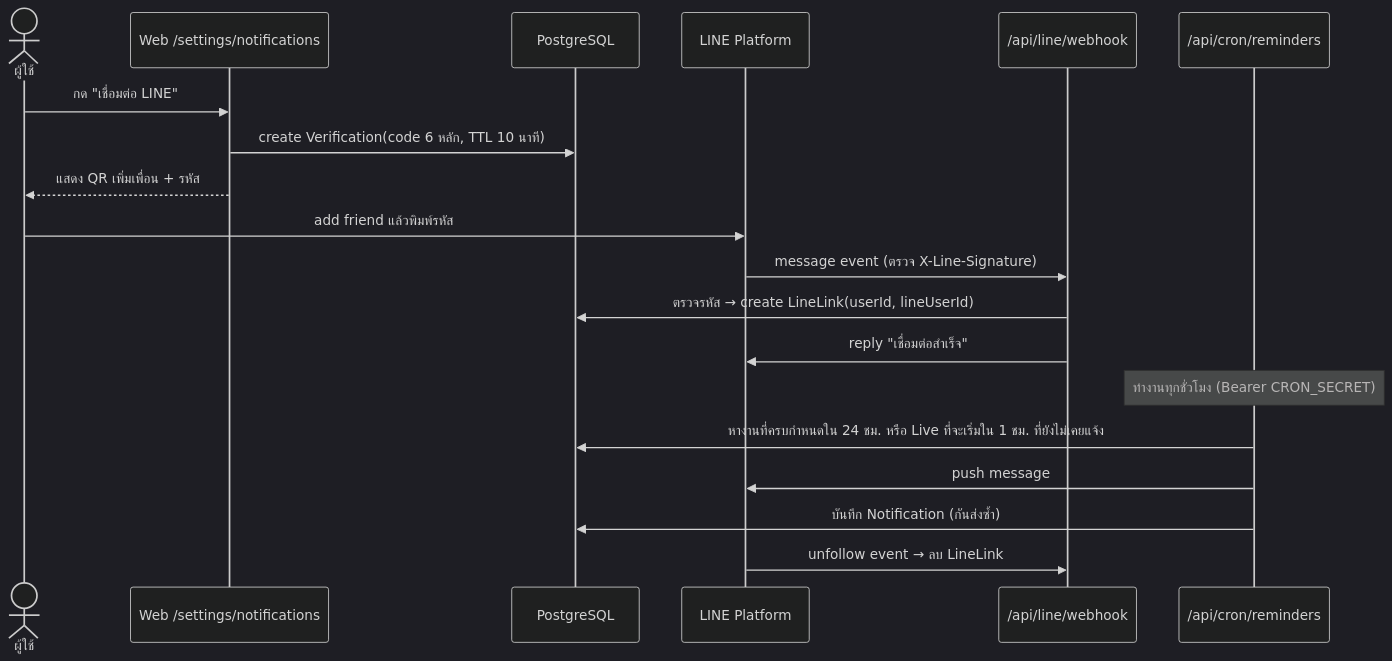
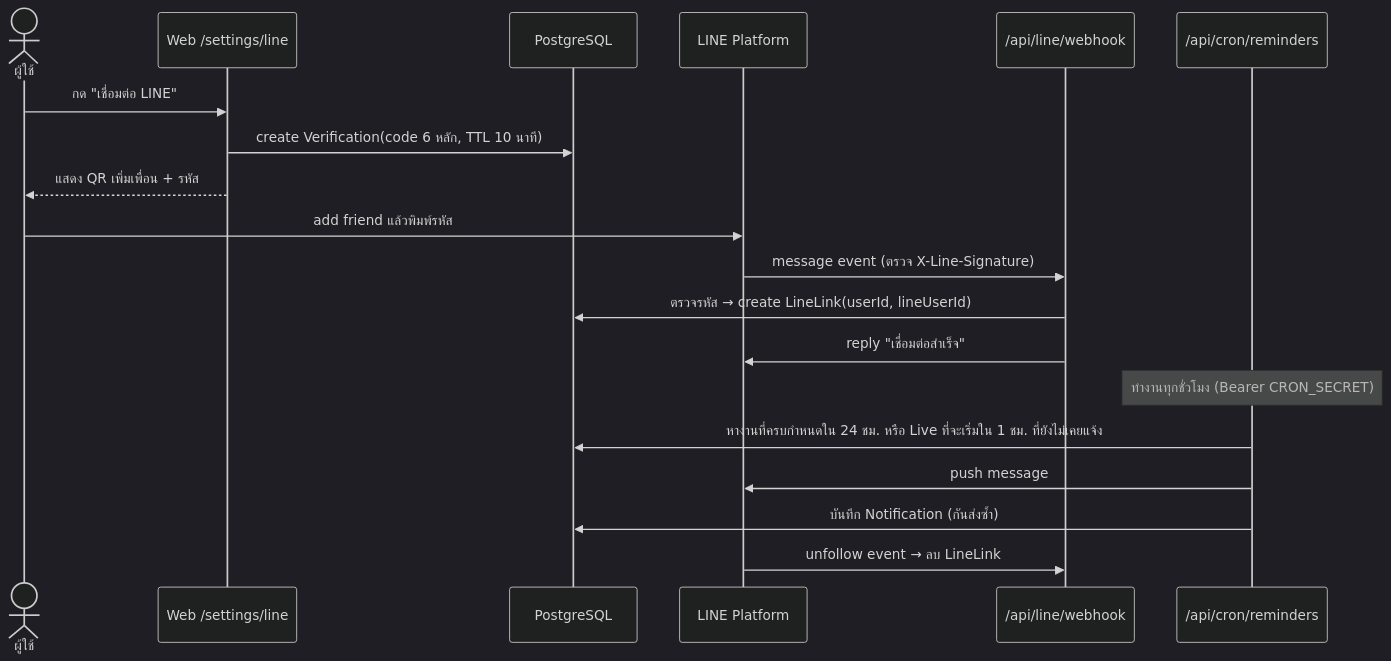
One commit to rattanawong-it/lms changed diagram 11 of 14 in docs/system-design.md. Above: the diagram before and after it, drawn with Mermaid (dark theme). The commit also changed other lines of this file and 28 other files, not shown here.

````diff
--- a/docs/system-design.md
+++ b/docs/system-design.md
@@ -1116,21 +1116,21 @@
 ```mermaid
 sequenceDiagram
   actor U as ผู้ใช้
-  participant W as Web /settings/notifications
+  participant W as Web /settings/line
   participant DB as PostgreSQL
   participant LINE as LINE Platform
   participant WH as /api/line/webhook
   participant C as /api/cron/reminders
   U->>W: กด "เชื่อมต่อ LINE"
   W->>DB: create Verification(code 6 หลัก, TTL 10 นาที)
   W-->>U: แสดง QR เพิ่มเพื่อน + รหัส
   U->>LINE: add friend แล้วพิมพ์รหัส
   LINE->>WH: message event (ตรวจ X-Line-Signature)
   WH->>DB: ตรวจรหัส → create LineLink(userId, lineUserId)
   WH->>LINE: reply "เชื่อมต่อสำเร็จ"
   Note over C: ทำงานทุกชั่วโมง (Bearer CRON_SECRET)
   C->>DB: หางานที่ครบกำหนดใน 24 ชม. หรือ Live ที่จะเริ่มใน 1 ชม. ที่ยังไม่เคยแจ้ง
   C->>LINE: push message
   C->>DB: บันทึก Notification (กันส่งซ้ำ)
   LINE->>WH: unfollow event → ลบ LineLink
 ```
````
